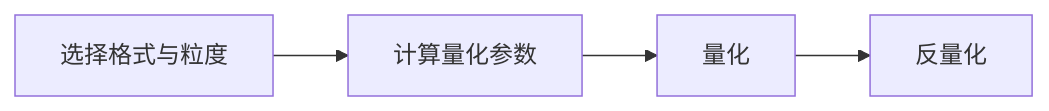
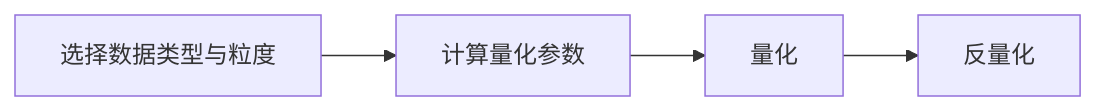
The diagram in msmodelslim/docs/zh/knowledge_base/dtype_ops/usage_dtype_ops.md (mindstudio-docs/master), drawn with Mermaid before and after one commit. The commit also changed other lines of this file and 44 other files, not shown here.

````diff
--- a/msmodelslim/docs/zh/knowledge_base/dtype_ops/usage_dtype_ops.md
+++ b/msmodelslim/docs/zh/knowledge_base/dtype_ops/usage_dtype_ops.md
@@ -43,6 +43,6 @@
 ```mermaid
 flowchart LR
-  A[选择格式与粒度] --> B[计算量化参数]
+  A[选择数据类型与粒度] --> B[计算量化参数]
   B --> C[量化]
   C --> D[反量化]
 ```
````
